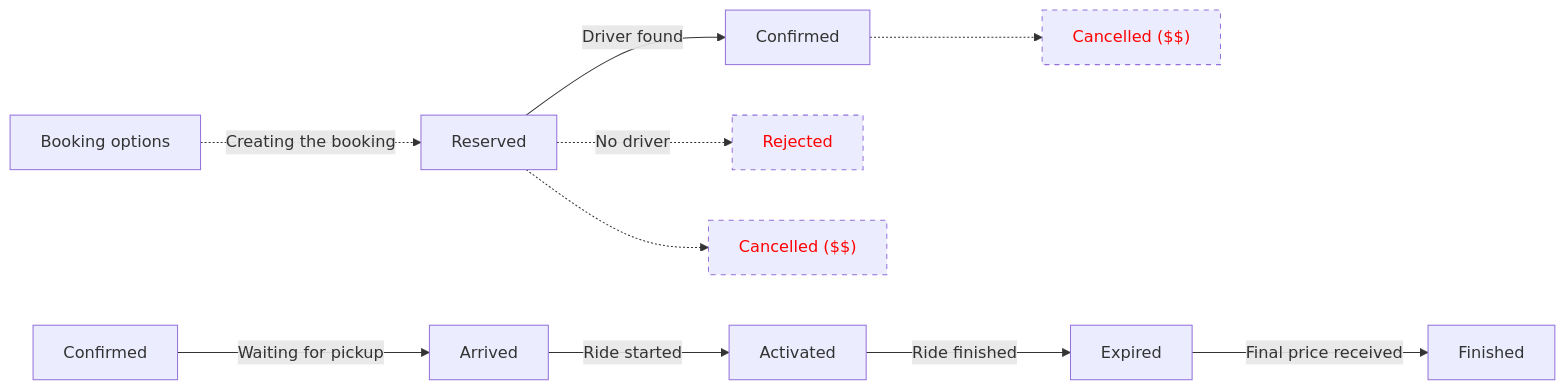
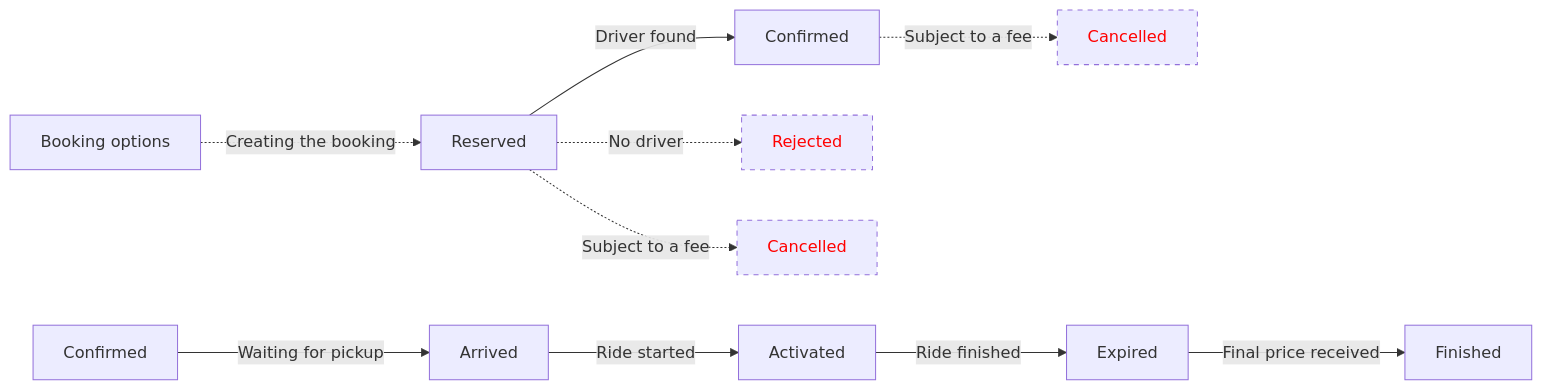
One commit to maasglobal/maas-tsp-api changed the diagram in specs/workflow/taxi.mmd. Above: the diagram before and after it, drawn with Mermaid. The commit also changed 2 other files, not shown here.

```diff
--- a/specs/workflow/taxi.mmd
+++ b/specs/workflow/taxi.mmd
@@ -1,14 +1,15 @@
 %% MermaidJS workflow graph for Taxi TSP
+%% Use https://mermaid-js.github.io/mermaid-live-editor/ to edit
 graph LR
     Options[Booking options] -.->|Creating the booking| Reserved
-    Confirmed -.-> Cancelled["Cancelled ($$)"]
+    Confirmed -.->|Subject to a fee| Cancelled
     Reserved -.->|No driver| Rejected
     Reserved -->|Driver found| Confirmed
-    Reserved -.-> Cancelled2["Cancelled ($$)"]
+    Reserved -.->|Subject to a fee| Cancelled2["Cancelled"]
     Confirmed2[Confirmed] -->|Waiting for pickup| Arrived
     Arrived -->|Ride started| Activated
     Activated -->|Ride finished| Expired
     Expired -->|Final price received| Finished
     style Cancelled color:red,stroke-dasharray: 5, 5
     style Cancelled2 color:red,stroke-dasharray: 5, 5
     style Rejected color:red,stroke-dasharray: 5, 5
```
